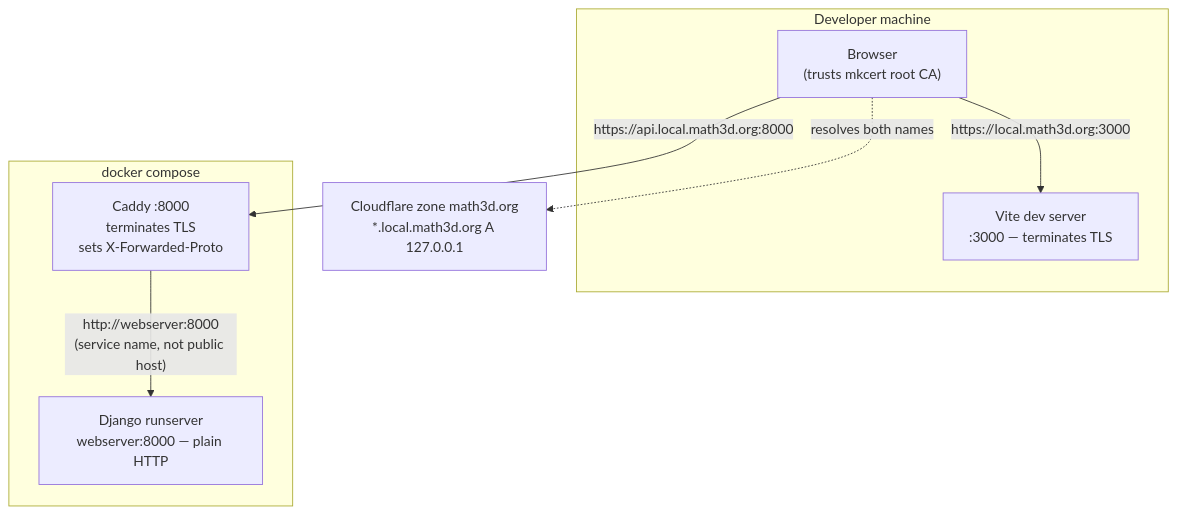
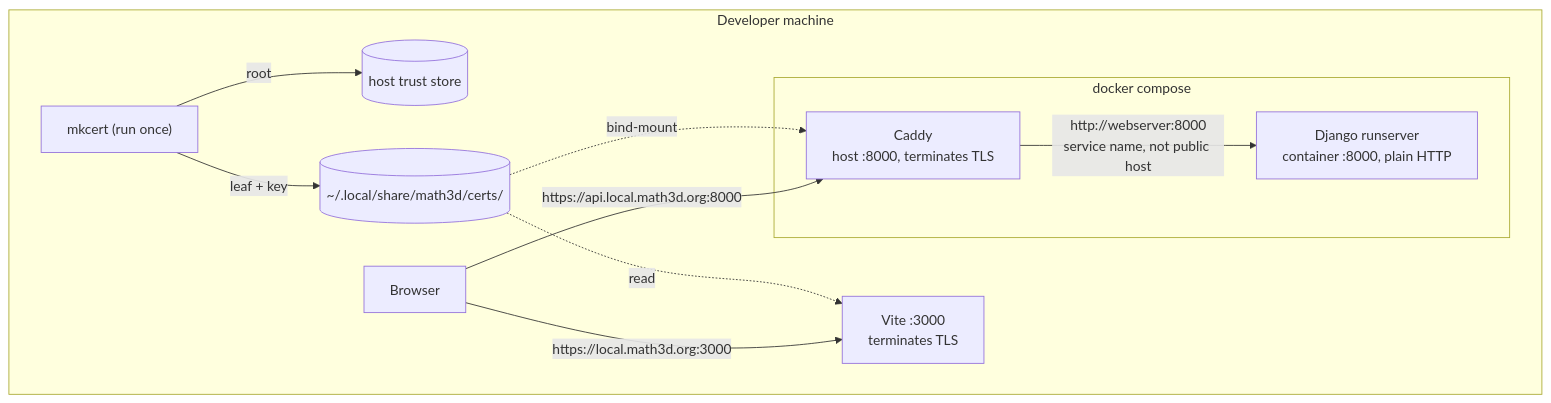
The diagram in docs/adr/0005-local-https-dev-environment.md (ChristopherChudzicki/math3d-next), drawn with Mermaid before and after one commit. The commit also changed other lines of this file, not shown here.

````diff
--- a/docs/adr/0005-local-https-dev-environment.md
+++ b/docs/adr/0005-local-https-dev-environment.md
@@ -35,17 +35,22 @@
 ```mermaid
 flowchart TB
     subgraph host["Developer machine"]
-        browser["Browser<br/>(trusts mkcert root CA)"]
-        vite["Vite dev server<br/>:3000 — terminates TLS"]
+        mkcert["mkcert (run once)"]
+        store[("host trust store")]
+        certs[("~/.local/share/math3d/certs/")]
+        browser["Browser"]
+        vite["Vite :3000<br/>terminates TLS"]
+        subgraph compose["docker compose"]
+            caddy["Caddy<br/>host :8000, terminates TLS"]
+            django["Django runserver<br/>container :8000, plain HTTP"]
+        end
     end
-    subgraph compose["docker compose"]
-        caddy["Caddy :8000<br/>terminates TLS<br/>sets X-Forwarded-Proto"]
-        django["Django runserver<br/>webserver:8000 — plain HTTP"]
-    end
-    dns["Cloudflare zone math3d.org<br/>*.local.math3d.org A 127.0.0.1"]
 
-    browser -.->|resolves both names| dns
+    mkcert -->|root| store
+    mkcert -->|"leaf + key"| certs
+    certs -.->|read| vite
+    certs -.->|bind-mount| caddy
     browser -->|"https://local.math3d.org:3000"| vite
     browser -->|"https://api.local.math3d.org:8000"| caddy
-    caddy -->|"http://webserver:8000<br/>(service name, not public host)"| django
+    caddy -->|"http://webserver:8000<br/>service name, not public host"| django
 ```
````
